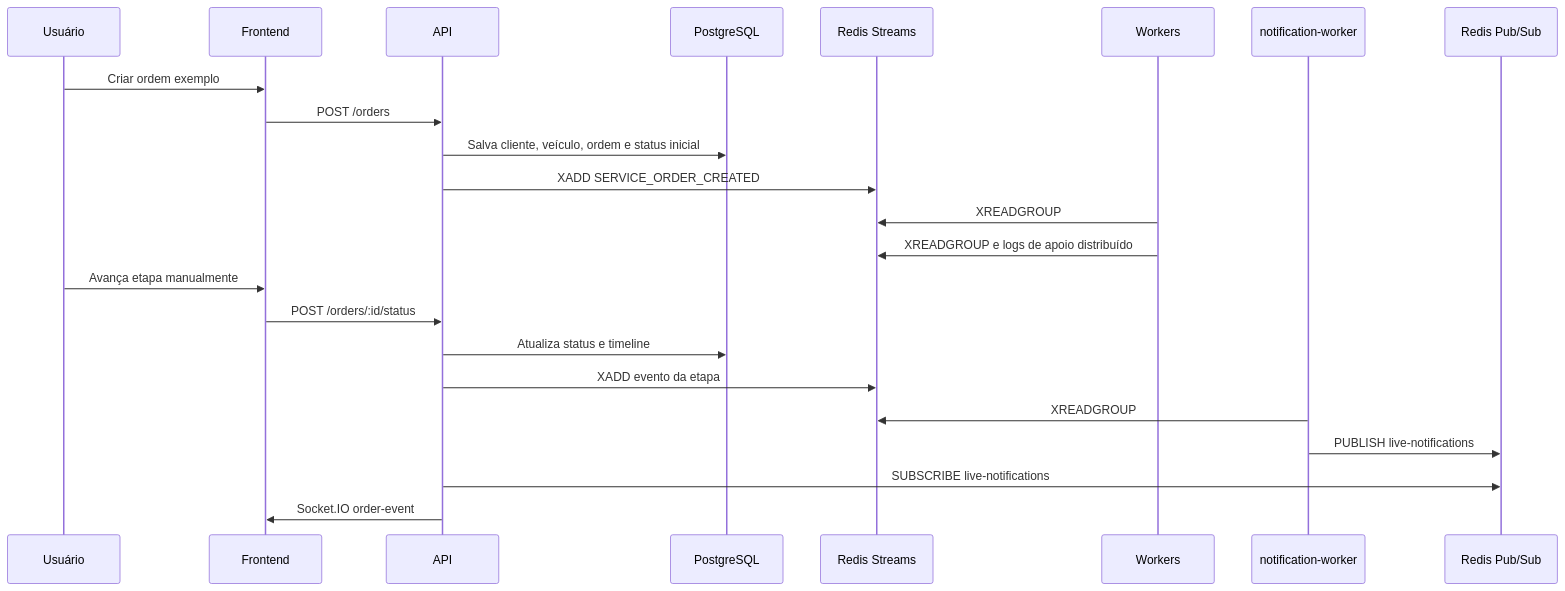
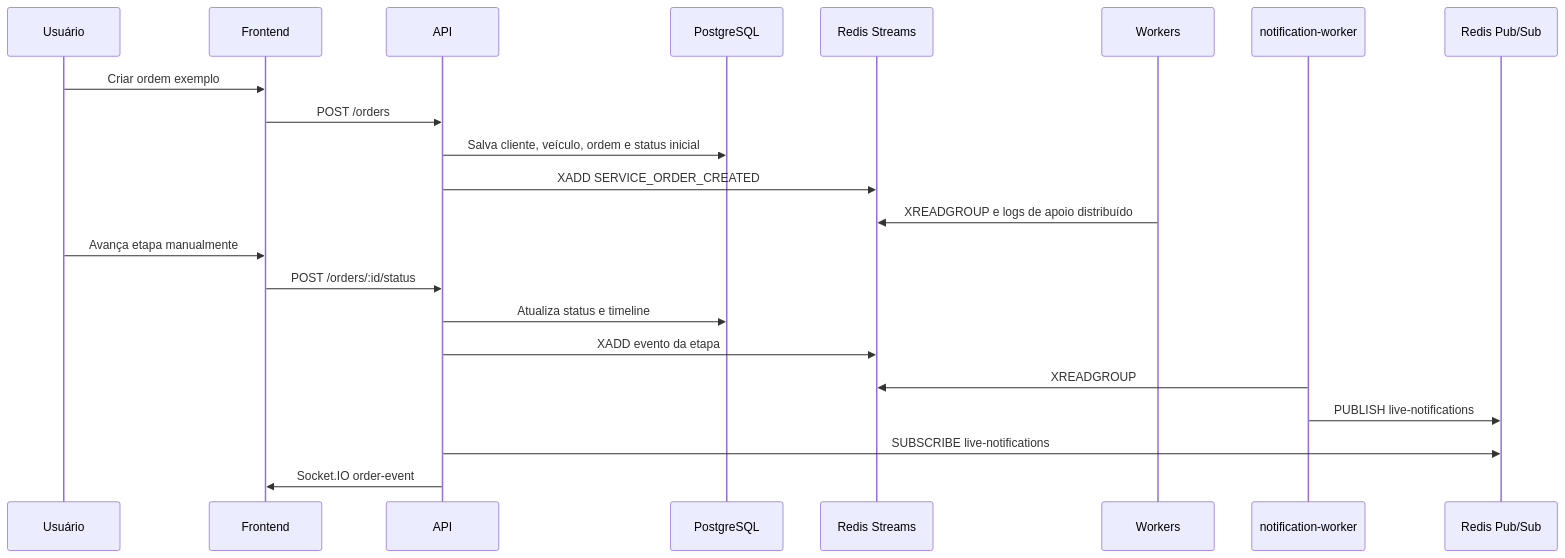
One commit to GabrielBelluco/pittrack-xrsc09 changed the second of 2 diagrams in docs/architecture.md. Above: the diagram before and after it, drawn with Mermaid. The commit also changed other lines of this file and 9 other files, not shown here.

````diff
--- a/docs/architecture.md
+++ b/docs/architecture.md
@@ -106,26 +111,25 @@
 ```mermaid
 sequenceDiagram
   participant U as Usuário
   participant F as Frontend
   participant A as API
   participant DB as PostgreSQL
   participant R as Redis Streams
   participant W as Workers
   participant N as notification-worker
   participant PS as Redis Pub/Sub
 
   U->>F: Criar ordem exemplo
   F->>A: POST /orders
   A->>DB: Salva cliente, veículo, ordem e status inicial
   A->>R: XADD SERVICE_ORDER_CREATED
-  W->>R: XREADGROUP
   W->>R: XREADGROUP e logs de apoio distribuído
   U->>F: Avança etapa manualmente
   F->>A: POST /orders/:id/status
   A->>DB: Atualiza status e timeline
   A->>R: XADD evento da etapa
   N->>R: XREADGROUP
   N->>PS: PUBLISH live-notifications
   A->>PS: SUBSCRIBE live-notifications
   A->>F: Socket.IO order-event
 ```
````
